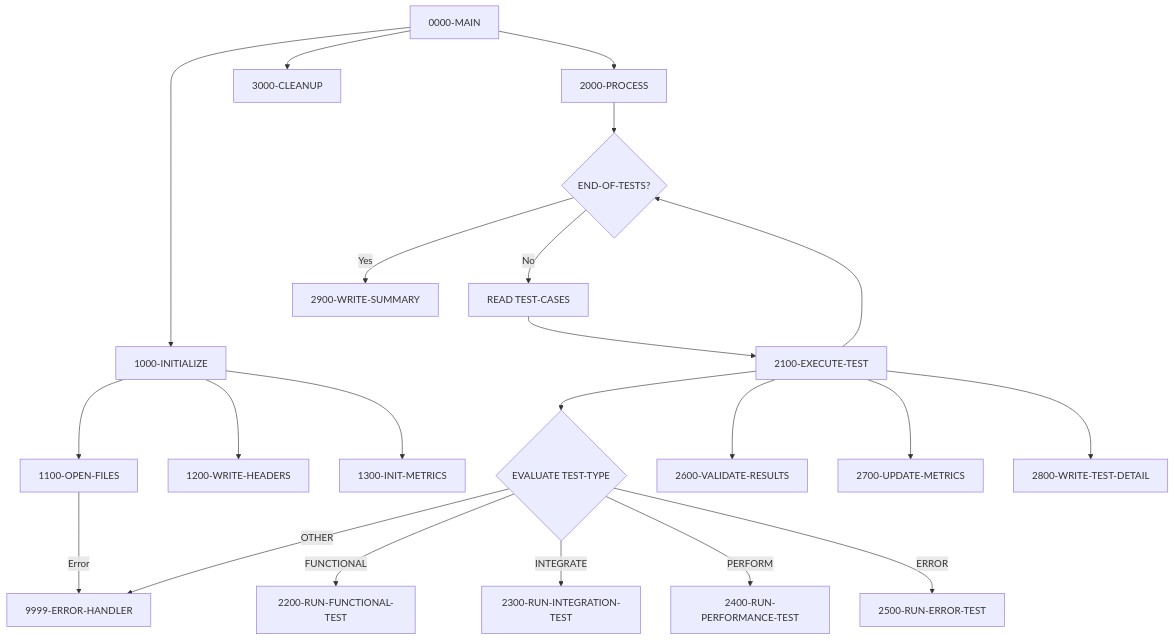
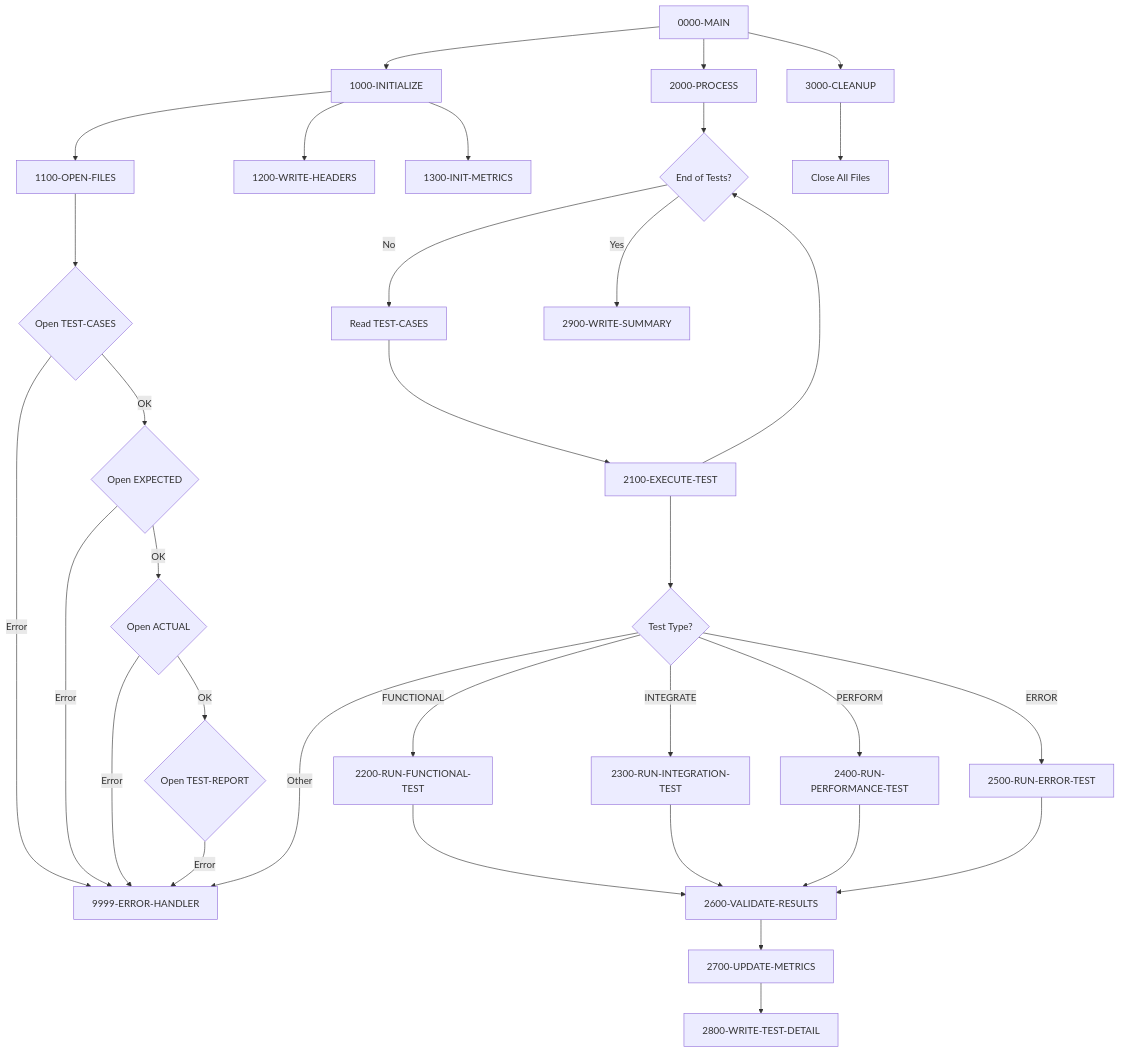
Before and after one commit to haladir-com/legacy-benchmark-docs-vb70e1: the diagram in docs/programs/TSTVAL00.mdx, drawn with Mermaid. The commit also changed other lines of this file and 64 other files, not shown here.

````diff
--- a/docs/programs/TSTVAL00.mdx
+++ b/docs/programs/TSTVAL00.mdx
@@ -20,29 +16,40 @@
 ```mermaid
 graph TD
     A[0000-MAIN] --> B[1000-INITIALIZE]
     A --> C[2000-PROCESS]
     A --> D[3000-CLEANUP]
     
     B --> B1[1100-OPEN-FILES]
     B --> B2[1200-WRITE-HEADERS]
     B --> B3[1300-INIT-METRICS]
     
-    B1 -->|Error| E[9999-ERROR-HANDLER]
+    B1 --> B1a{Open TEST-CASES}
+    B1a -->|Error| E[9999-ERROR-HANDLER]
+    B1a -->|OK| B1b{Open EXPECTED}
+    B1b -->|Error| E
+    B1b -->|OK| B1c{Open ACTUAL}
+    B1c -->|Error| E
+    B1c -->|OK| B1d{Open TEST-REPORT}
+    B1d -->|Error| E
     
-    C --> C1{END-OF-TESTS?}
-    C1 -->|No| C2[READ TEST-CASES]
+    C --> C1{End of Tests?}
+    C1 -->|No| C2[Read TEST-CASES]
     C2 --> C3[2100-EXECUTE-TEST]
     C3 --> C1
     C1 -->|Yes| C4[2900-WRITE-SUMMARY]
     
-    C3 --> D1{EVALUATE TEST-TYPE}
-    D1 -->|FUNCTIONAL| D2[2200-RUN-FUNCTIONAL-TEST]
-    D1 -->|INTEGRATE| D3[2300-RUN-INTEGRATION-TEST]
-    D1 -->|PERFORM| D4[2400-RUN-PERFORMANCE-TEST]
-    D1 -->|ERROR| D5[2500-RUN-ERROR-TEST]
-    D1 -->|OTHER| E
+    C3 --> C3a{Test Type?}
+    C3a -->|FUNCTIONAL| C3b[2200-RUN-FUNCTIONAL-TEST]
+    C3a -->|INTEGRATE| C3c[2300-RUN-INTEGRATION-TEST]
+    C3a -->|PERFORM| C3d[2400-RUN-PERFORMANCE-TEST]
+    C3a -->|ERROR| C3e[2500-RUN-ERROR-TEST]
+    C3a -->|Other| E
+    C3b --> C3f[2600-VALIDATE-RESULTS]
+    C3c --> C3f
+    C3d --> C3f
+    C3e --> C3f
+    C3f --> C3g[2700-UPDATE-METRICS]
+    C3g --> C3h[2800-WRITE-TEST-DETAIL]
     
-    C3 --> D6[2600-VALIDATE-RESULTS]
-    C3 --> D7[2700-UPDATE-METRICS]
-    C3 --> D8[2800-WRITE-TEST-DETAIL]
+    D --> D1[Close All Files]
 ```
````
